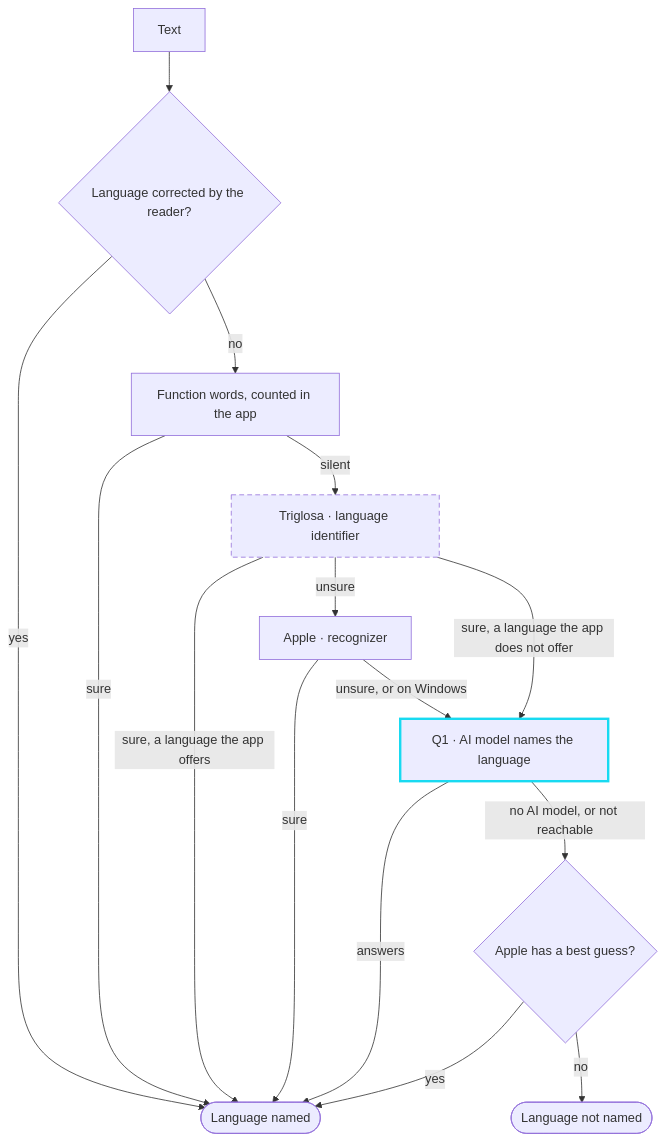
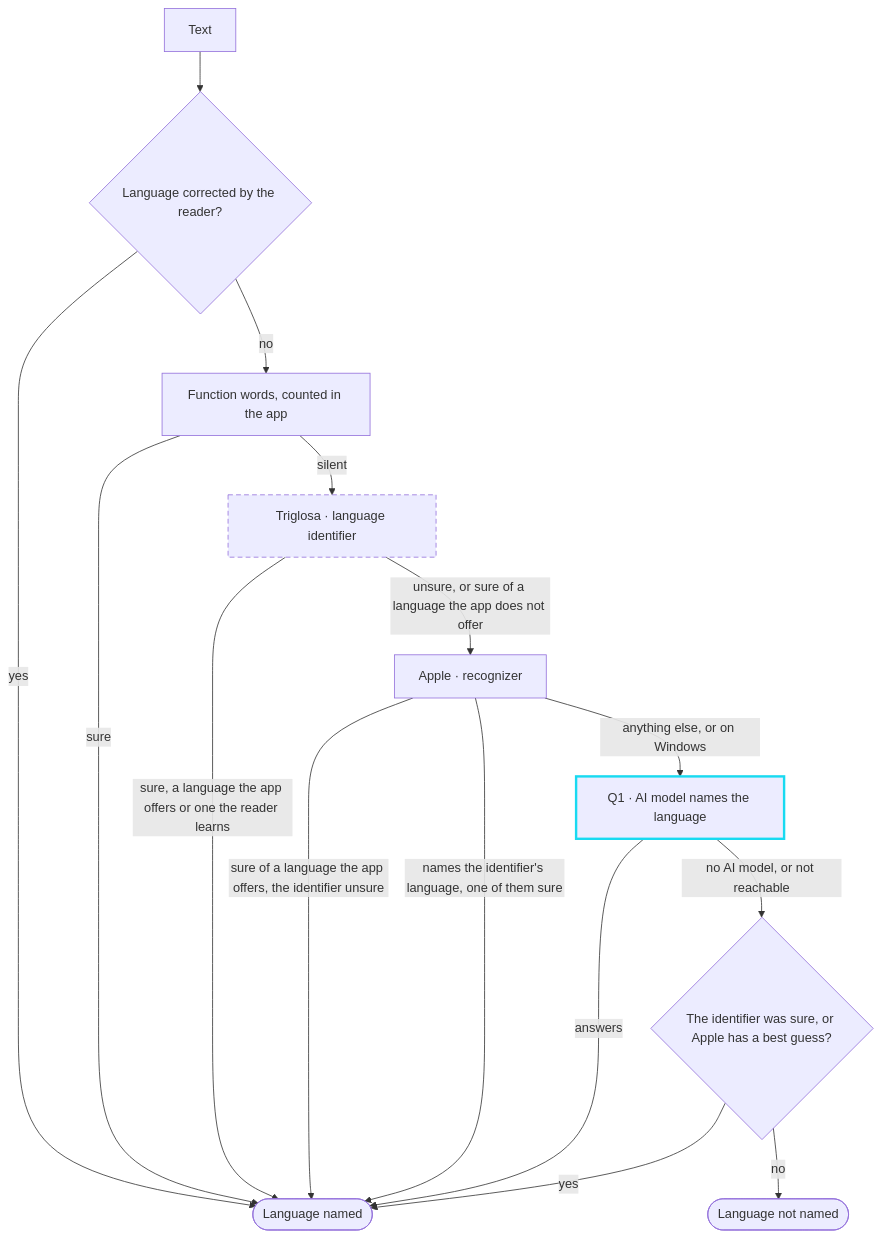
The second of 7 diagrams in docs/behind-a-translation.md (mdd335/triglosa), drawn with Mermaid before and after one commit. The commit also changed other lines of this file and 83 other files, not shown here.

````diff
--- a/docs/behind-a-translation.md
+++ b/docs/behind-a-translation.md
@@ -37,22 +38,22 @@
 ```mermaid
 flowchart TD
   T["Text"] --> CH{"Language corrected by the reader?"}
   CH -->|yes| DONE(["Language named"])
   CH -->|no| FW["Function words, counted in the app"]
   FW -->|sure| DONE
   FW -->|silent| ID["Triglosa · language identifier"]
-  ID -->|"sure, a language the app offers"| DONE
-  ID -->|unsure| AR["Apple · recognizer"]
-  ID -->|"sure, a language the app does not offer"| Q1
-  AR -->|sure| DONE
-  AR -->|"unsure, or on Windows"| Q1["Q1 · AI model names the language"]
+  ID -->|"sure, a language the app offers or one the reader learns"| DONE
+  ID -->|"unsure, or sure of a language the app does not offer"| AR["Apple · recognizer"]
+  AR -->|"sure of a language the app offers, the identifier unsure"| DONE
+  AR -->|"names the identifier's language, one of them sure"| DONE
+  AR -->|"anything else, or on Windows"| Q1["Q1 · AI model names the language"]
   Q1 -->|answers| DONE
-  Q1 -->|"no AI model, or not reachable"| GUESS{"Apple has a best guess?"}
+  Q1 -->|"no AI model, or not reachable"| GUESS{"The identifier was sure, or Apple has a best guess?"}
   GUESS -->|yes| DONE
   GUESS -->|no| NONE(["Language not named"])
 
   classDef model stroke:#18daf1,stroke-width:3px
   classDef own stroke-dasharray:6 4
   class Q1 model
   class ID own
 ```
````
